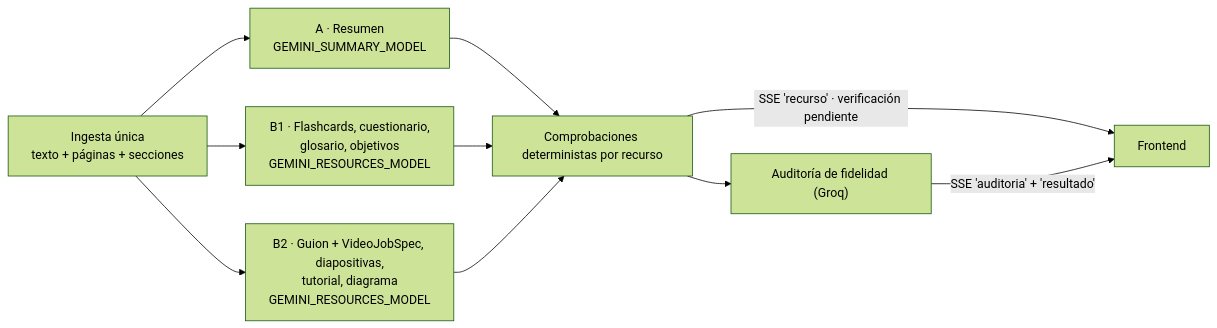
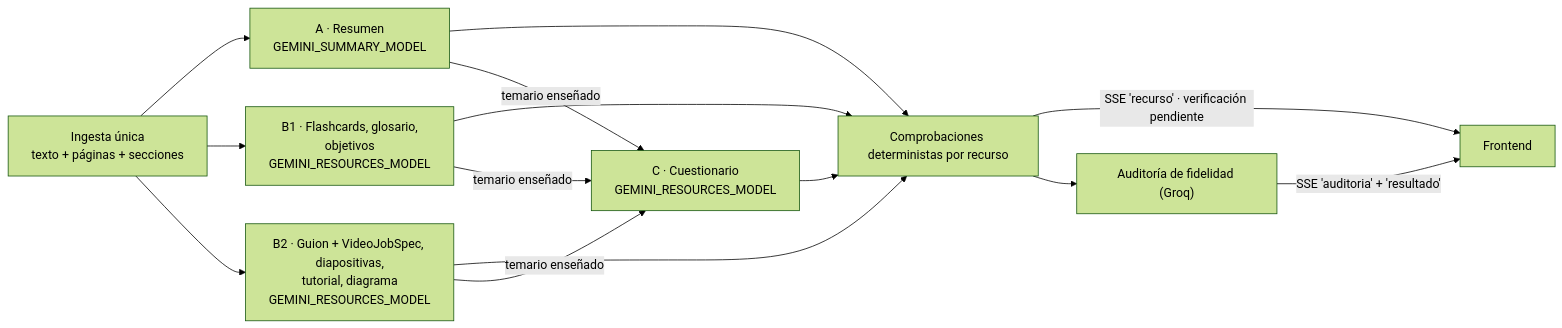
Before and after one commit to No-Country-simulation/G10-LATAM-equipo10NovaMind: the third of 3 diagrams in backend/docs/ARCHITECTURE.md, drawn with Mermaid (forest theme). The commit also changed other lines of this file and 10 other files, not shown here.

Commit message:
docs: estado actual, diagrama del flujo, tres modos de generacion, tarea C, nombres nuevos de las estaciones y problemas 56 a 70

````diff
--- a/backend/docs/ARCHITECTURE.md
+++ b/backend/docs/ARCHITECTURE.md
@@ -105,12 +105,14 @@
 ```mermaid
 flowchart LR
   ING["Ingesta única<br/>texto + páginas + secciones"] --> A["A · Resumen<br/>GEMINI_SUMMARY_MODEL"]
-  ING --> B1["B1 · Flashcards, cuestionario,<br/>glosario, objetivos<br/>GEMINI_RESOURCES_MODEL"]
+  ING --> B1["B1 · Flashcards, glosario,<br/>objetivos<br/>GEMINI_RESOURCES_MODEL"]
   ING --> B2["B2 · Guion + VideoJobSpec, diapositivas,<br/>tutorial, diagrama<br/>GEMINI_RESOURCES_MODEL"]
   A --> CHK["Comprobaciones deterministas por recurso"]
   B1 --> CHK
   B2 --> CHK
+  A & B1 & B2 -->|"temario enseñado"| C["C · Cuestionario<br/>GEMINI_RESOURCES_MODEL"]
+  C --> CHK
   CHK -->|"SSE 'recurso' · verificación pendiente"| UI["Frontend"]
   CHK --> AUD["Auditoría de fidelidad (Groq)"]
   AUD -->|"SSE 'auditoria' + 'resultado'"| UI
 ```
````
